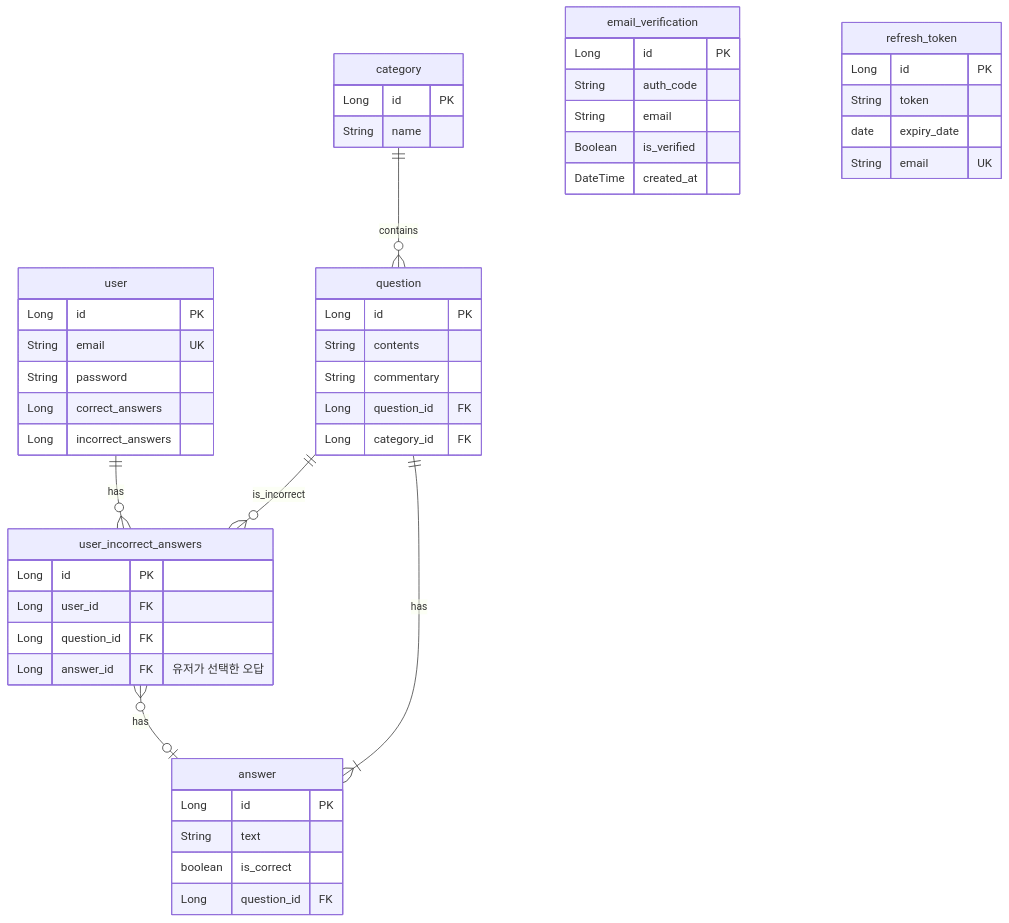
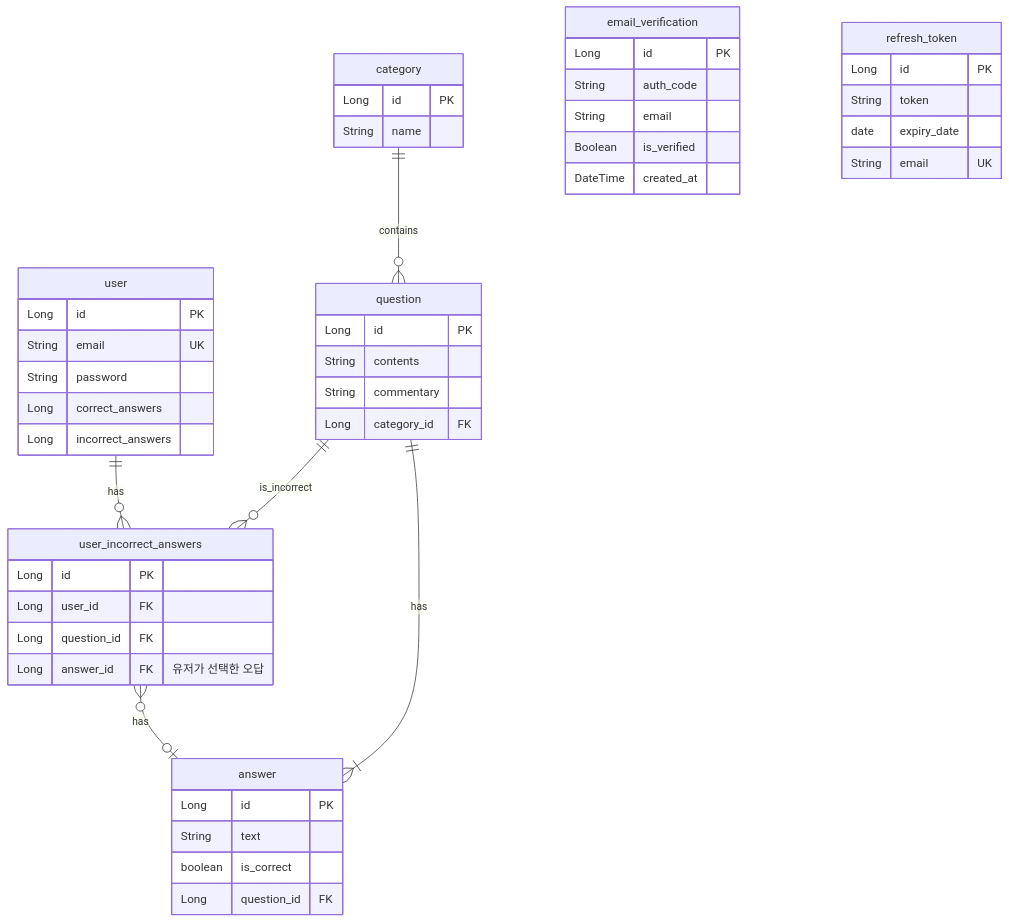
The diagram in README.md (Q-int/Qint_Backend), drawn with Mermaid before and after one commit.

Commit message:
docs: 잘못된 Column 삭제

````diff
--- a/README.md
+++ b/README.md
@@ -3,58 +3,57 @@
 ```mermaid
 erDiagram
     user {
         Long id PK
         String email UK
         String password
         Long correct_answers
         Long incorrect_answers
     }
 
     category {
         Long id PK
         String name
     }
 
     question {
         Long id PK
         String contents
         String commentary
-        Long question_id FK
         Long category_id FK
     }
     
     answer {
         Long id PK
         String text
         boolean is_correct
         Long question_id FK
     }
 
     user_incorrect_answers {
         Long id PK
         Long user_id FK
         Long question_id FK
         Long answer_id FK "유저가 선택한 오답"
     }
 
     email_verification {
         Long id PK
         String auth_code
         String email
         Boolean is_verified
         DateTime created_at
     }
 
     refresh_token {
         Long id PK
         String token
         date expiry_date
         String email UK
     }
 
     user ||--o{ user_incorrect_answers : has
     category ||--o{ question : contains
     question ||--|{ answer : has
     question ||--o{ user_incorrect_answers : is_incorrect
     user_incorrect_answers }o--o| answer : has
 ```
````
